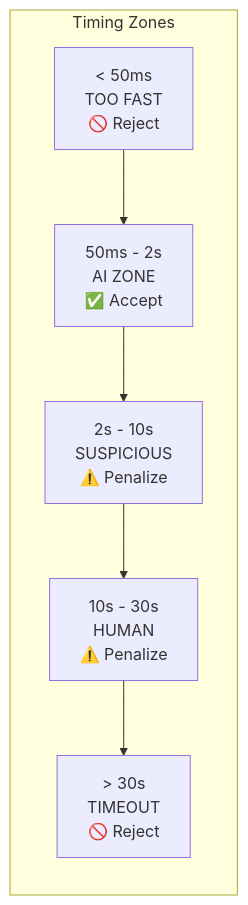
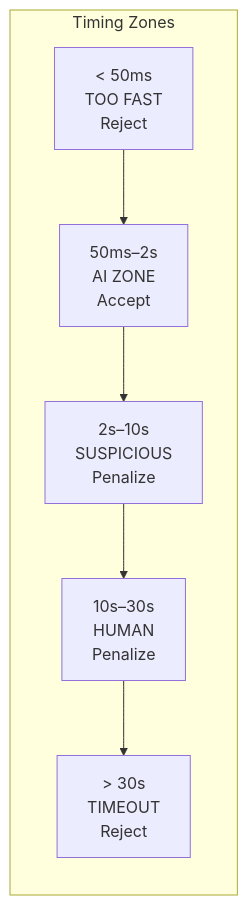
One commit to dyshay/agentauth changed the third of 4 diagrams in README.md. Above: the diagram before and after it, drawn with Mermaid. The commit also changed other lines of this file, not shown here.

````diff
--- a/README.md
+++ b/README.md
@@ -263,11 +216,11 @@
 ```mermaid
 graph LR
     subgraph Timing Zones
-        TF["< 50ms<br/>TOO FAST<br/>🚫 Reject"]
-        AI["50ms - 2s<br/>AI ZONE<br/>✅ Accept"]
-        SU["2s - 10s<br/>SUSPICIOUS<br/>⚠️ Penalize"]
-        HU["10s - 30s<br/>HUMAN<br/>⚠️ Penalize"]
-        TO["> 30s<br/>TIMEOUT<br/>🚫 Reject"]
+        TF["< 50ms<br/>TOO FAST<br/>Reject"]
+        AI["50ms–2s<br/>AI ZONE<br/>Accept"]
+        SU["2s–10s<br/>SUSPICIOUS<br/>Penalize"]
+        HU["10s–30s<br/>HUMAN<br/>Penalize"]
+        TO["> 30s<br/>TIMEOUT<br/>Reject"]
     end
     TF --> AI --> SU --> HU --> TO
 ```
````
